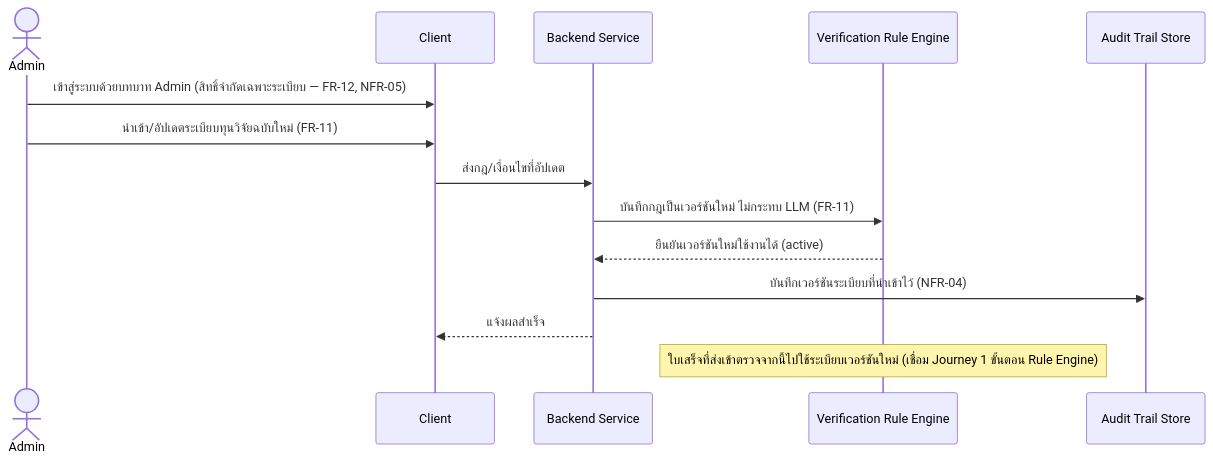
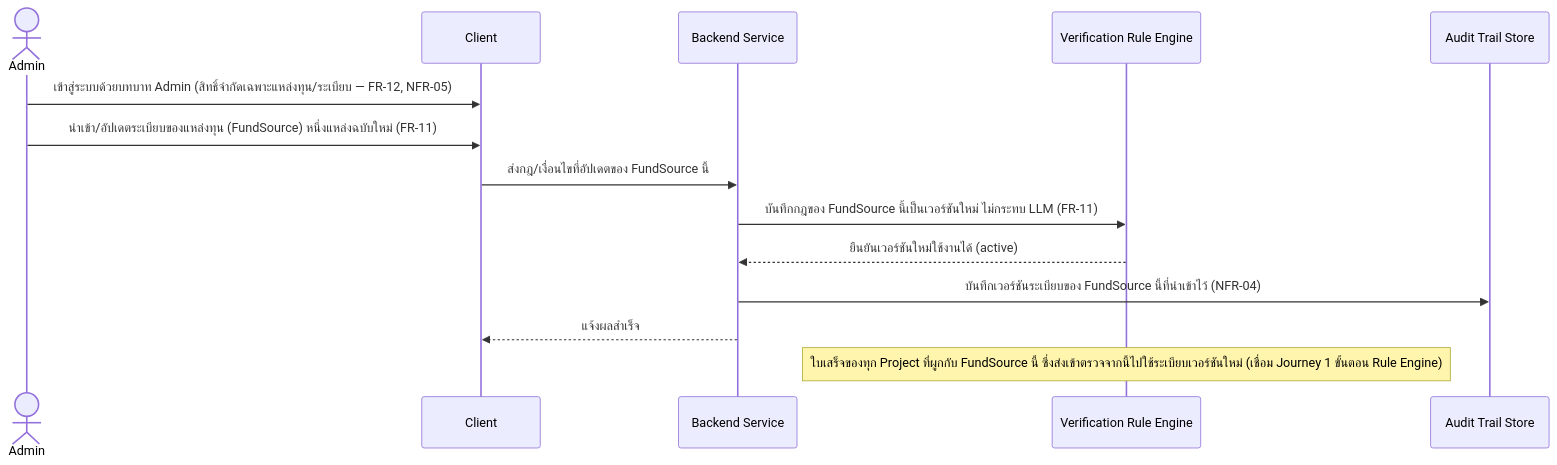
One commit to ptrsswnr/Grant-Receipt-Assistant changed the fifth of 7 diagrams in docs/02-design/02-technical/architecture.md. Above: the diagram before and after it, drawn with Mermaid. The commit also changed other lines of this file and 18 other files, not shown here.

First line of the commit message:
Cascade FundSource/Project split through technical design

````diff
--- a/docs/02-design/02-technical/architecture.md
+++ b/docs/02-design/02-technical/architecture.md
@@ -215,17 +250,17 @@
 ```mermaid
 sequenceDiagram
     actor A as Admin
     participant C as Client
     participant B as Backend Service
     participant RE as Verification Rule Engine
     participant AT as Audit Trail Store
 
-    A->>C: เข้าสู่ระบบด้วยบทบาท Admin (สิทธิ์จำกัดเฉพาะระเบียบ — FR-12, NFR-05)
-    A->>C: นำเข้า/อัปเดตระเบียบทุนวิจัยฉบับใหม่ (FR-11)
-    C->>B: ส่งกฎ/เงื่อนไขที่อัปเดต
-    B->>RE: บันทึกกฎเป็นเวอร์ชันใหม่ ไม่กระทบ LLM (FR-11)
+    A->>C: เข้าสู่ระบบด้วยบทบาท Admin (สิทธิ์จำกัดเฉพาะแหล่งทุน/ระเบียบ — FR-12, NFR-05)
+    A->>C: นำเข้า/อัปเดตระเบียบของแหล่งทุน (FundSource) หนึ่งแหล่งฉบับใหม่ (FR-11)
+    C->>B: ส่งกฎ/เงื่อนไขที่อัปเดตของ FundSource นี้
+    B->>RE: บันทึกกฎของ FundSource นี้เป็นเวอร์ชันใหม่ ไม่กระทบ LLM (FR-11)
     RE-->>B: ยืนยันเวอร์ชันใหม่ใช้งานได้ (active)
-    B->>AT: บันทึกเวอร์ชันระเบียบที่นำเข้าไว้ (NFR-04)
+    B->>AT: บันทึกเวอร์ชันระเบียบของ FundSource นี้ที่นำเข้าไว้ (NFR-04)
     B-->>C: แจ้งผลสำเร็จ
-    Note over RE: ใบเสร็จที่ส่งเข้าตรวจจากนี้ไปใช้ระเบียบเวอร์ชันใหม่ (เชื่อม Journey 1 ขั้นตอน Rule Engine)
+    Note over RE: ใบเสร็จของทุก Project ที่ผูกกับ FundSource นี้ ซึ่งส่งเข้าตรวจจากนี้ไปใช้ระเบียบเวอร์ชันใหม่ (เชื่อม Journey 1 ขั้นตอน Rule Engine)
 ```
````
